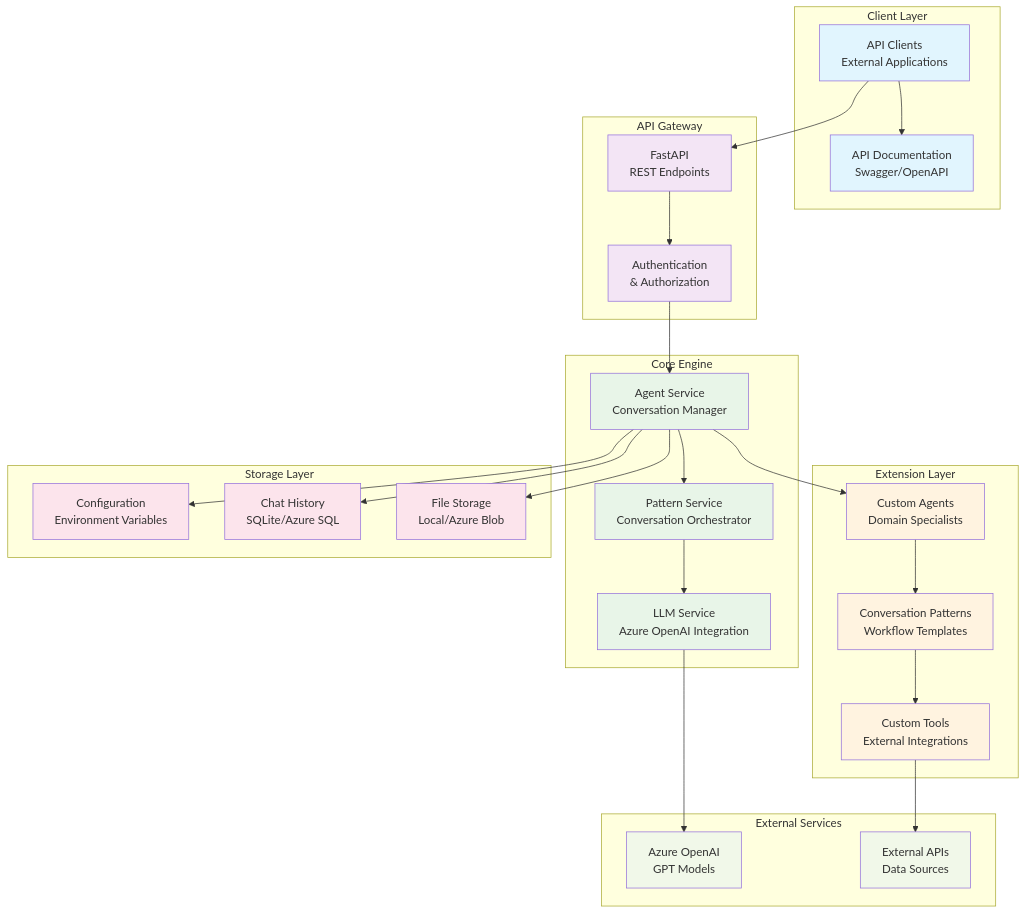
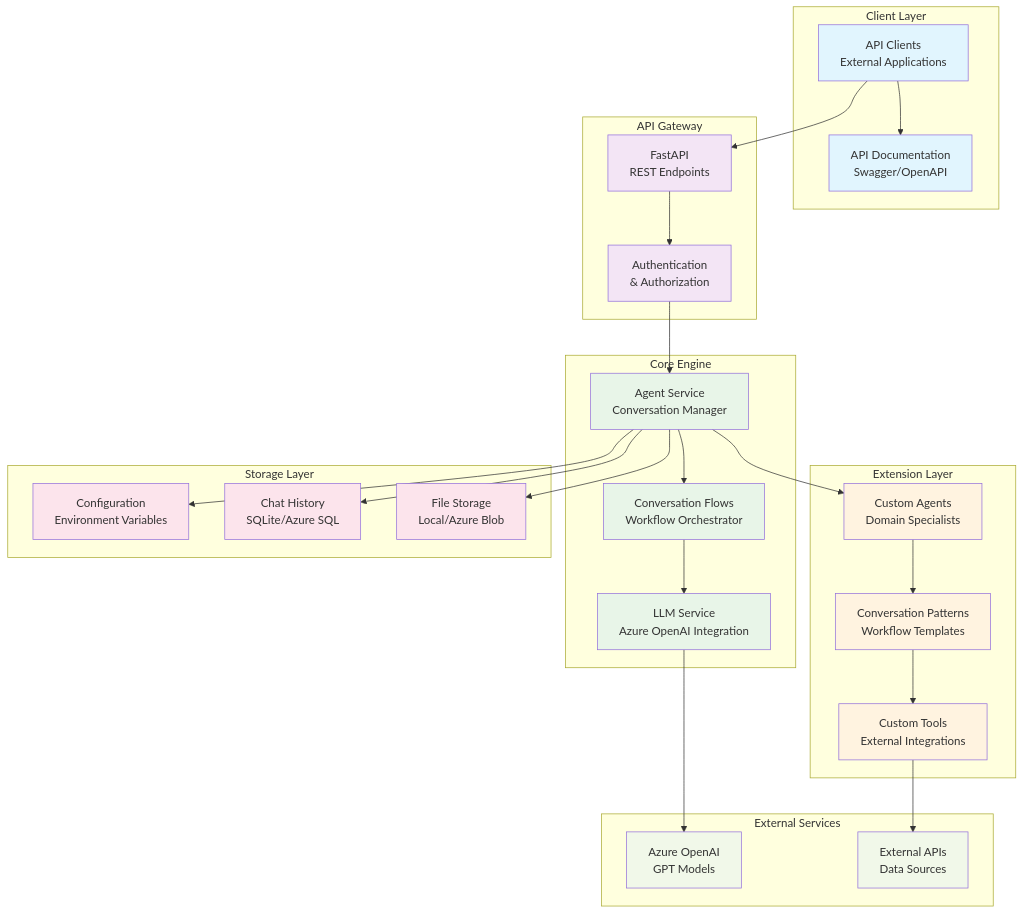
The first of 8 diagrams in docs/architecture.md (renz-adarayan/ingenious), drawn with Mermaid before and after one commit. The commit also changed other lines of this file, not shown here.

First line of the commit message:
docs: correct architecture diagram to reflect actual codebase

````diff
--- a/docs/architecture.md
+++ b/docs/architecture.md
@@ -9,76 +9,76 @@
 ```mermaid
 graph TB
     subgraph "Client Layer"
         API_CLIENT[API Clients<br/>External Applications]
         DOCS[API Documentation<br/>Swagger/OpenAPI]
     end
 
     subgraph "API Gateway"
         API[FastAPI<br/>REST Endpoints]
         AUTH[Authentication<br/>& Authorization]
     end
 
     subgraph "Core Engine"
         AGENT_SERVICE[Agent Service<br/>Conversation Manager]
-        PATTERN_SERVICE[Pattern Service<br/>Conversation Orchestrator]
+        CONVERSATION_FLOWS[Conversation Flows<br/>Workflow Orchestrator]
         LLM_SERVICE[LLM Service<br/>Azure OpenAI Integration]
     end
 
     subgraph "Extension Layer"
         CUSTOM_AGENTS[Custom Agents<br/>Domain Specialists]
         PATTERNS[Conversation Patterns<br/>Workflow Templates]
         TOOLS[Custom Tools<br/>External Integrations]
     end
 
     subgraph "Storage Layer"
         CONFIG[Configuration<br/>Environment Variables]
         HISTORY[Chat History<br/>SQLite/Azure SQL]
         FILES[File Storage<br/>Local/Azure Blob]
     end
 
     subgraph "External Services"
         AZURE[Azure OpenAI<br/>GPT Models]
         EXTERNAL_API[External APIs<br/>Data Sources]
     end
 
     %% Client connections
     API_CLIENT --> API
     API_CLIENT --> DOCS
 
     %% API Gateway routing
     API --> AUTH
     AUTH --> AGENT_SERVICE
 
     %% Core Engine interactions
-    AGENT_SERVICE --> PATTERN_SERVICE
-    PATTERN_SERVICE --> LLM_SERVICE
+    AGENT_SERVICE --> CONVERSATION_FLOWS
+    CONVERSATION_FLOWS --> LLM_SERVICE
     AGENT_SERVICE --> CUSTOM_AGENTS
 
     %% Extension Layer integrations
     CUSTOM_AGENTS --> PATTERNS
     PATTERNS --> TOOLS
 
     %% Storage Layer connections
     AGENT_SERVICE --> CONFIG
     AGENT_SERVICE --> HISTORY
     AGENT_SERVICE --> FILES
 
     %% External Service connections
     LLM_SERVICE --> AZURE
     TOOLS --> EXTERNAL_API
 
     %% Styling
     classDef clientLayer fill:#e1f5fe
     classDef apiLayer fill:#f3e5f5
     classDef coreLayer fill:#e8f5e8
     classDef extensionLayer fill:#fff3e0
     classDef storageLayer fill:#fce4ec
     classDef externalLayer fill:#f1f8e9
 
     class API_CLIENT,DOCS clientLayer
     class API,AUTH apiLayer
-    class AGENT_SERVICE,PATTERN_SERVICE,LLM_SERVICE coreLayer
+    class AGENT_SERVICE,CONVERSATION_FLOWS,LLM_SERVICE coreLayer
     class CUSTOM_AGENTS,PATTERNS,TOOLS extensionLayer
     class CONFIG,HISTORY,FILES storageLayer
     class AZURE,EXTERNAL_API externalLayer
 ```
````
